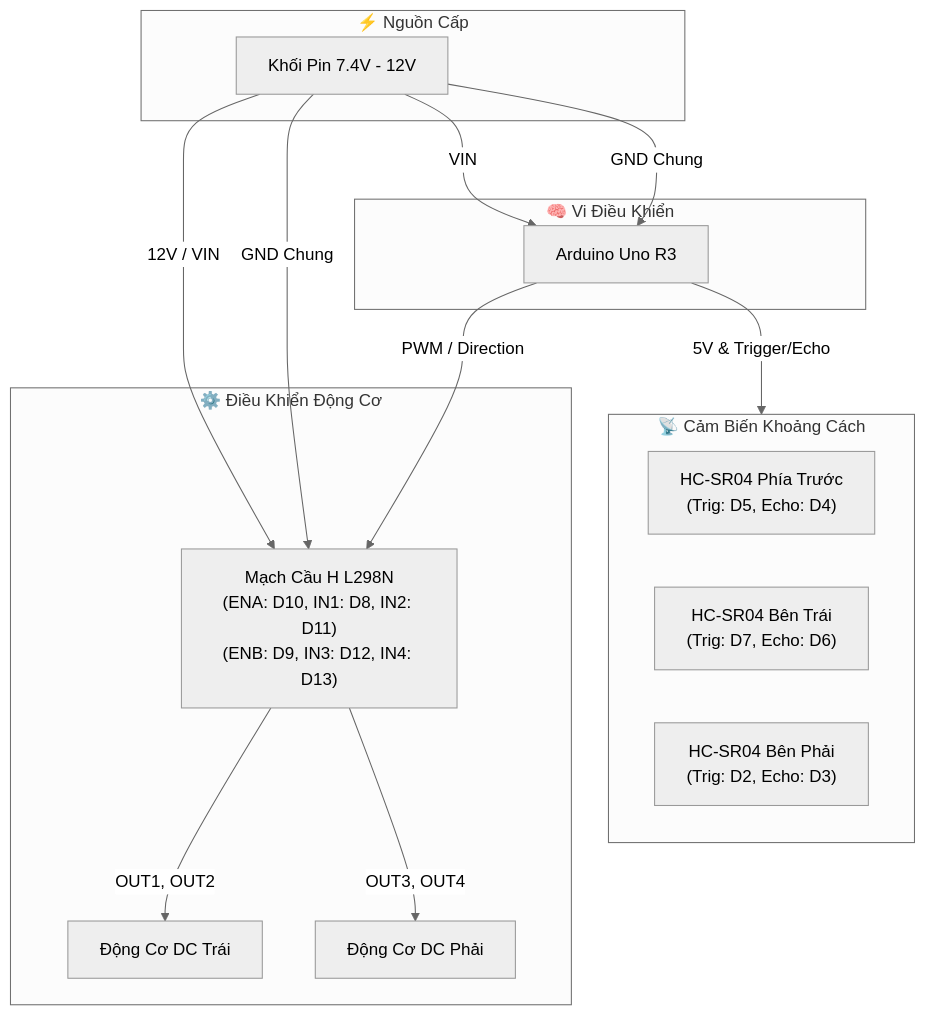
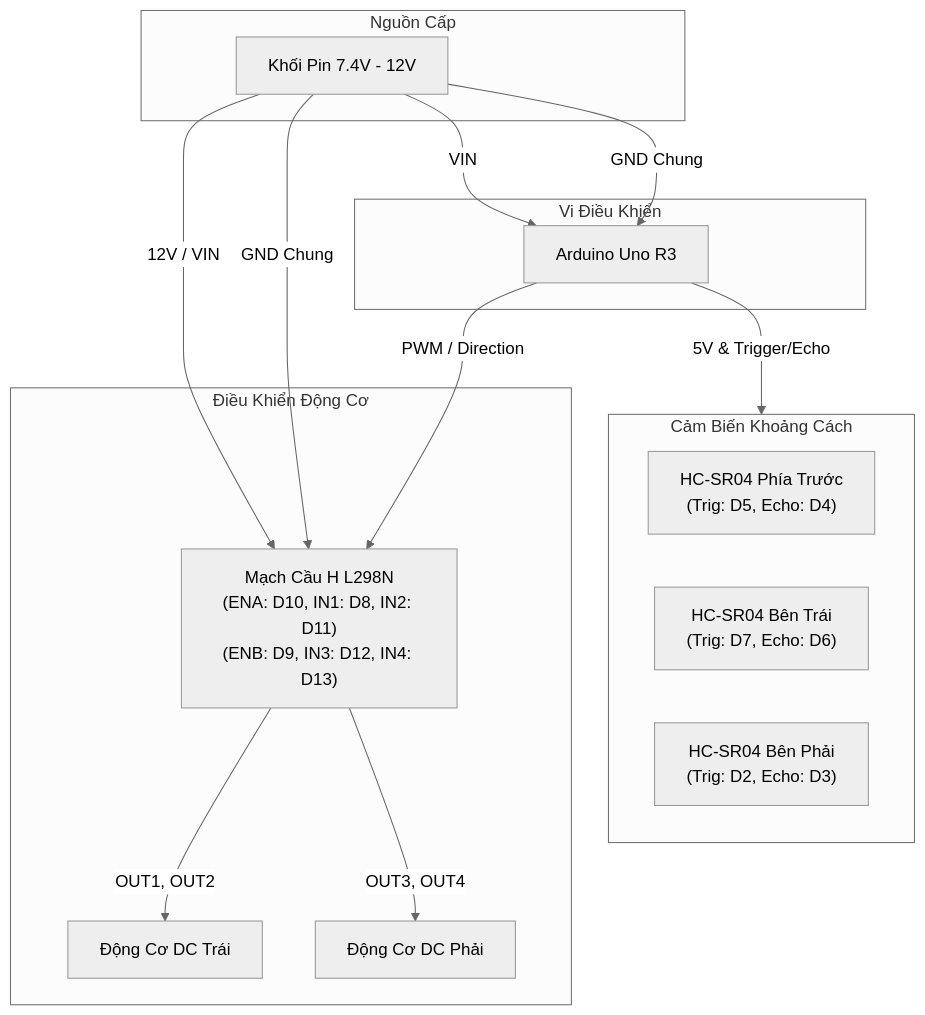
One commit to phihanh-qg/robot_maze_runner changed the diagram in docs/wiring_diagram.md. Above: the diagram before and after it, drawn with Mermaid (neutral theme). The commit also changed other lines of this file and 1 other file, not shown here.

````diff
--- a/docs/wiring_diagram.md
+++ b/docs/wiring_diagram.md
@@ -61,33 +61,33 @@
 ```mermaid
 graph TD
-    subgraph Power["⚡ Nguồn Cấp"]
+    subgraph Power["Nguồn Cấp"]
         BAT["Khối Pin 7.4V - 12V"]
     end
 
-    subgraph Controller["🧠 Vi Điều Khiển"]
+    subgraph Controller["Vi Điều Khiển"]
         UNO["Arduino Uno R3"]
     end
 
-    subgraph Sensors["📡 Cảm Biến Khoảng Cách"]
+    subgraph Sensors["Cảm Biến Khoảng Cách"]
         HC_F["HC-SR04 Phía Trước\n(Trig: D5, Echo: D4)"]
         HC_L["HC-SR04 Bên Trái\n(Trig: D7, Echo: D6)"]
         HC_R["HC-SR04 Bên Phải\n(Trig: D2, Echo: D3)"]
     end
 
-    subgraph Driver["⚙️ Điều Khiển Động Cơ"]
+    subgraph Driver["Điều Khiển Động Cơ"]
         L298N["Mạch Cầu H L298N\n(ENA: D10, IN1: D8, IN2: D11)\n(ENB: D9, IN3: D12, IN4: D13)"]
         MOT_A["Động Cơ DC Trái"]
         MOT_B["Động Cơ DC Phải"]
     end
 
     BAT -->|12V / VIN| L298N
     BAT -->|VIN| UNO
     BAT -->|GND Chung| L298N
     BAT -->|GND Chung| UNO
 
     UNO -->|PWM / Direction| L298N
     UNO -->|5V & Trigger/Echo| Sensors
 
     L298N -->|OUT1, OUT2| MOT_A
     L298N -->|OUT3, OUT4| MOT_B
 ```
````
